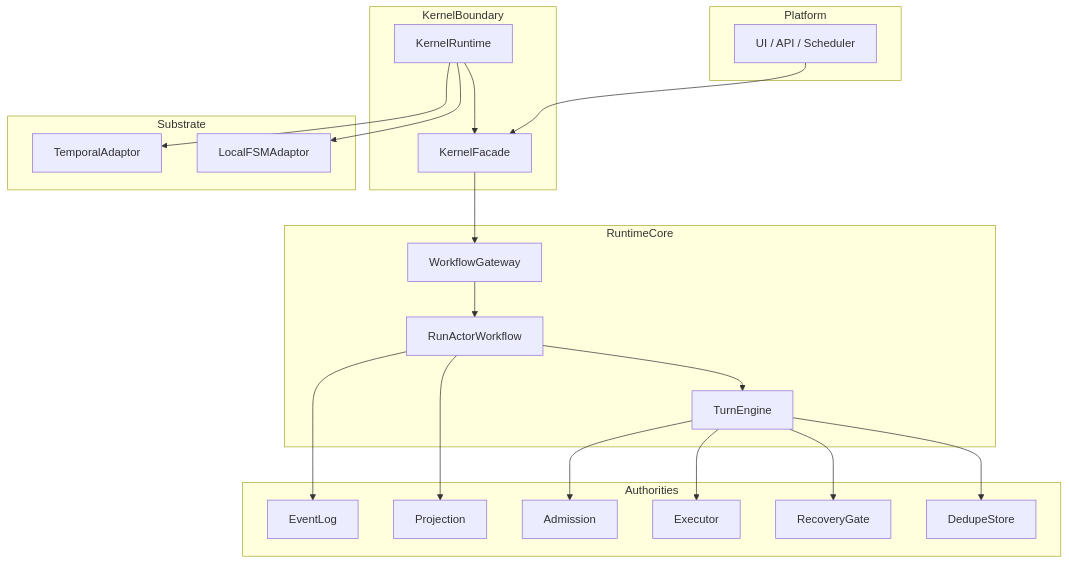
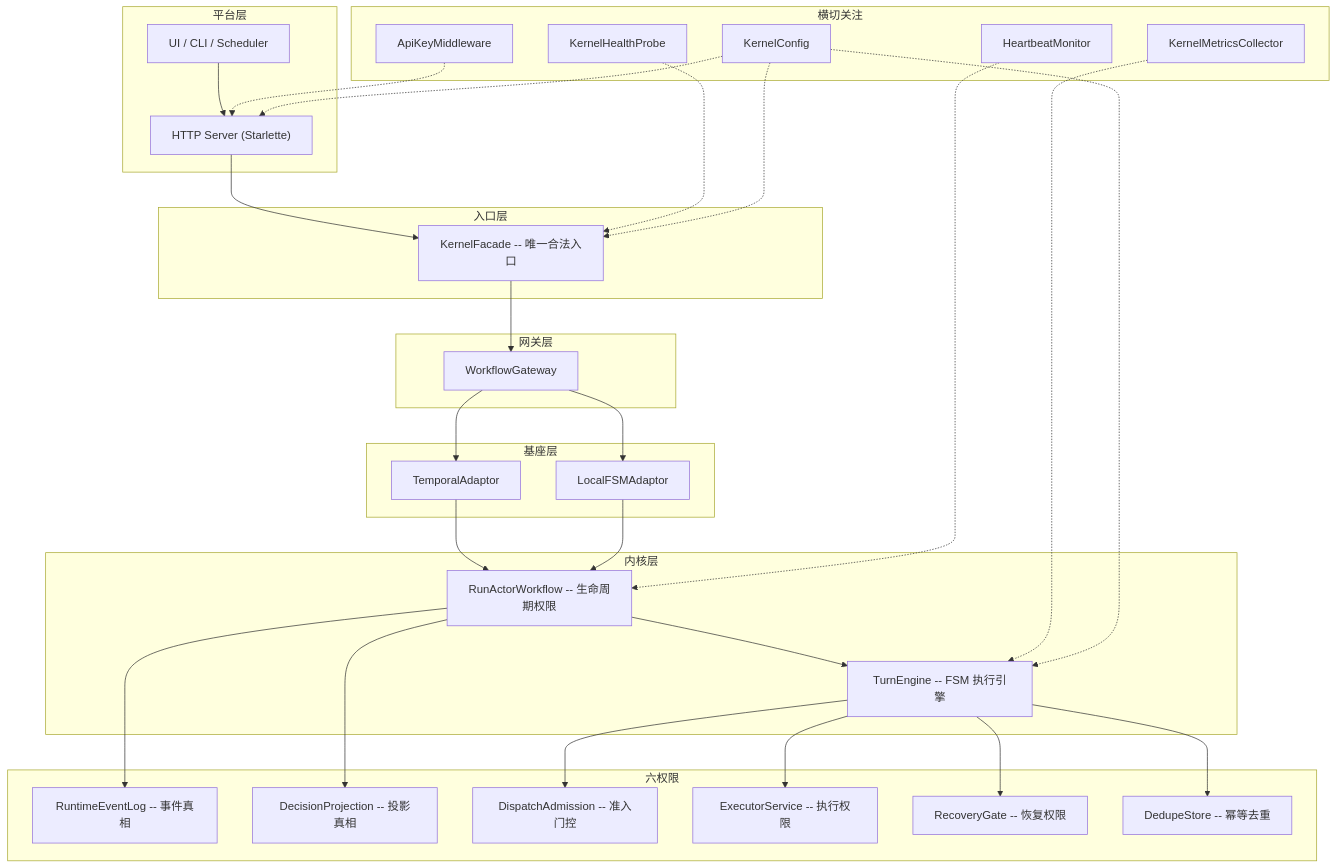
The first of 4 diagrams in ARCHITECTURE.md (chaosxingxc-orion/agent-kernel), drawn with Mermaid before and after one commit. The commit also changed other lines of this file and 5 other files, not shown here.

First line of the commit message:
docs: rewrite README and ARCHITECTURE for v0.2.0, remove stale files

````diff
--- a/ARCHITECTURE.md
+++ b/ARCHITECTURE.md
@@ -13,45 +9,64 @@
 ```mermaid
 graph TB
-  subgraph Platform
-    UI[UI / API / Scheduler]
+  subgraph Platform["平台层"]
+    UI["UI / CLI / Scheduler"]
+    HTTP["HTTP Server (Starlette)"]
   end
 
-  subgraph KernelBoundary
-    KR[KernelRuntime]
-    KF[KernelFacade]
+  subgraph Facade["入口层"]
+    KF["KernelFacade -- 唯一合法入口"]
   end
 
-  subgraph RuntimeCore
-    GW[WorkflowGateway]
-    RA[RunActorWorkflow]
-    TE[TurnEngine]
+  subgraph Gateway["网关层"]
+    GW["WorkflowGateway"]
   end
 
-  subgraph Authorities
-    EL[EventLog]
-    PJ[Projection]
-    AD[Admission]
-    EX[Executor]
-    RG[RecoveryGate]
-    DD[DedupeStore]
+  subgraph Substrate["基座层"]
+    TP["TemporalAdaptor"]
+    LF["LocalFSMAdaptor"]
   end
 
-  subgraph Substrate
-    TP[TemporalAdaptor]
-    LF[LocalFSMAdaptor]
+  subgraph Core["内核层"]
+    RA["RunActorWorkflow -- 生命周期权限"]
+    TE["TurnEngine -- FSM 执行引擎"]
   end
 
-  UI --> KF
-  KR --> KF
+  subgraph Authorities["六权限"]
+    EL["RuntimeEventLog -- 事件真相"]
+    PJ["DecisionProjection -- 投影真相"]
+    AD["DispatchAdmission -- 准入门控"]
+    EX["ExecutorService -- 执行权限"]
+    RG["RecoveryGate -- 恢复权限"]
+    DD["DedupeStore -- 幂等去重"]
+  end
+
+  subgraph CrossCutting["横切关注"]
+    MT["KernelMetricsCollector"]
+    HB["HeartbeatMonitor"]
+    HP["KernelHealthProbe"]
+    AU["ApiKeyMiddleware"]
+    CF["KernelConfig"]
+  end
+
+  UI --> HTTP
+  HTTP --> KF
   KF --> GW
-  GW --> RA
+  GW --> TP
+  GW --> LF
+  TP --> RA
+  LF --> RA
   RA --> EL
   RA --> PJ
   RA --> TE
   TE --> AD
   TE --> EX
   TE --> RG
   TE --> DD
-  KR --> TP
-  KR --> LF
+  MT -.-> TE
+  HB -.-> RA
+  HP -.-> KF
+  AU -.-> HTTP
+  CF -.-> KF
+  CF -.-> HTTP
+  CF -.-> TE
 ```
````
